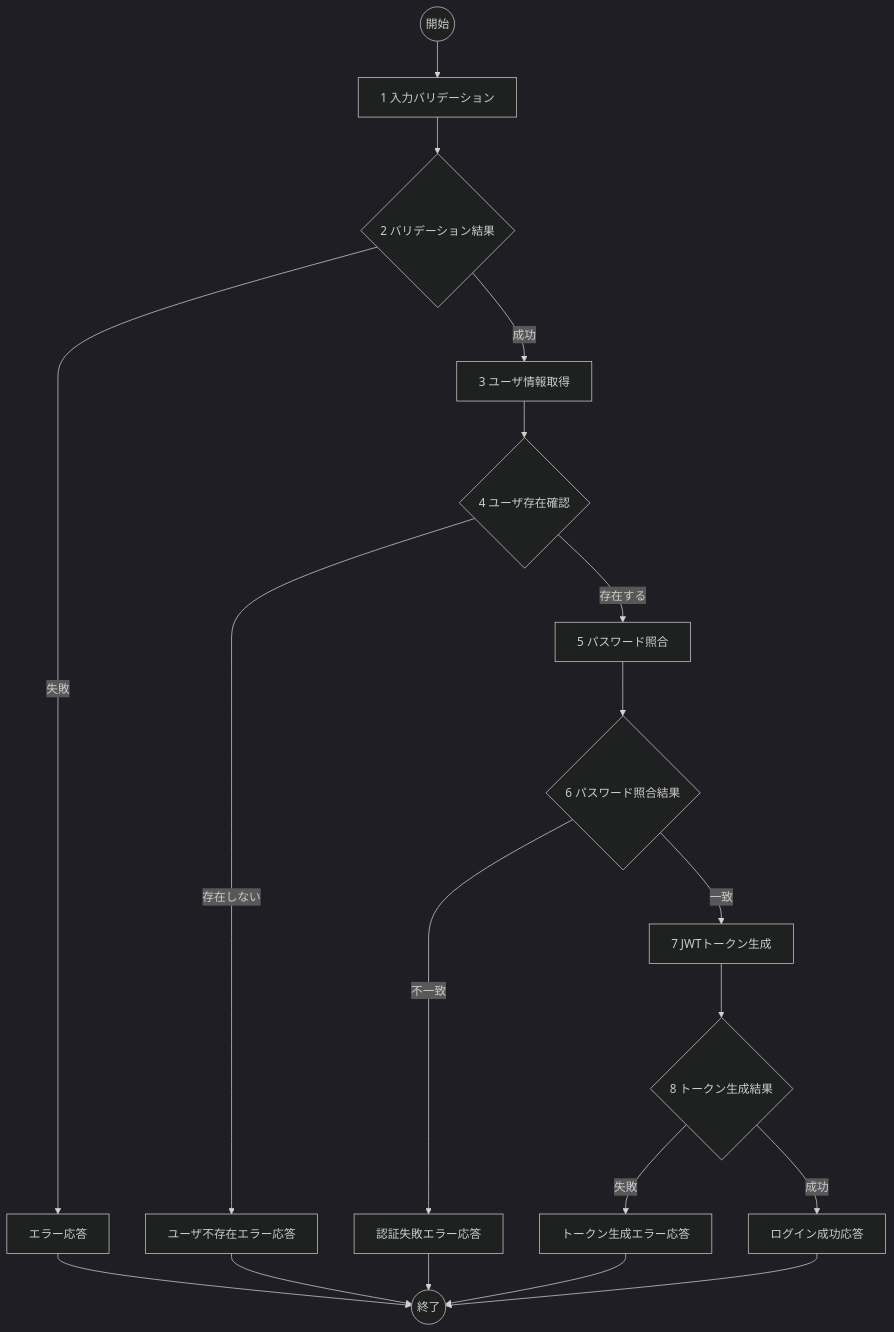
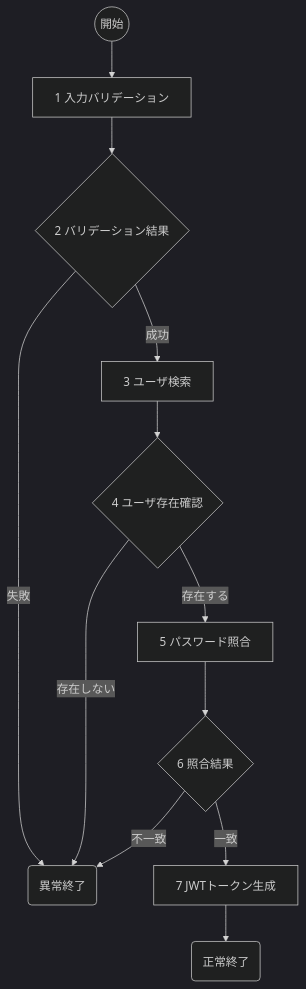
Before and after one commit to HatoriIchigo/C3-cli-full: the second of 2 diagrams in sample/detail/func/ログイン.U02.md, drawn with Mermaid (dark theme). The commit also changed other lines of this file and 31 other files, not shown here.

````diff
--- a/sample/detail/func/ログイン.U02.md
+++ b/sample/detail/func/ログイン.U02.md
@@ -39,21 +32,14 @@
 ```mermaid
 graph TD;
-    Start((開始)) --> InputValidation[1 入力バリデーション];
-    InputValidation --> ValidationResult{2 バリデーション結果};
-    ValidationResult -- 失敗 --> ValidationError[エラー応答];
-    ValidationResult -- 成功 --> UserSearch[3 ユーザ情報取得];
-    UserSearch --> UserResult{4 ユーザ存在確認};
-    UserResult -- 存在しない --> UserNotFoundError[ユーザ不存在エラー応答];
-    UserResult -- 存在する --> PasswordCheck[5 パスワード照合];
-    PasswordCheck --> PasswordResult{6 パスワード照合結果};
-    PasswordResult -- 不一致 --> AuthError[認証失敗エラー応答];
-    PasswordResult -- 一致 --> TokenGenerate[7 JWTトークン生成];
-    TokenGenerate --> TokenResult{8 トークン生成結果};
-    TokenResult -- 失敗 --> TokenError[トークン生成エラー応答];
-    TokenResult -- 成功 --> Success[ログイン成功応答];
-    ValidationError --> End((終了));
-    UserNotFoundError --> End;
-    AuthError --> End;
-    TokenError --> End;
-    Success --> End;
+    Start((開始)) --> Validation[1 入力バリデーション];
+    Validation --> ValResult{2 バリデーション結果};
+    ValResult -- 失敗 --> Fail(異常終了);
+    ValResult -- 成功 --> UserFind[3 ユーザ検索];
+    UserFind --> UserResult{4 ユーザ存在確認};
+    UserResult -- 存在しない --> Fail;
+    UserResult -- 存在する --> PassCheck[5 パスワード照合];
+    PassCheck --> PassResult{6 照合結果};
+    PassResult -- 不一致 --> Fail;
+    PassResult -- 一致 --> TokenGen[7 JWTトークン生成];
+    TokenGen --> Success(正常終了);
 ```
````
